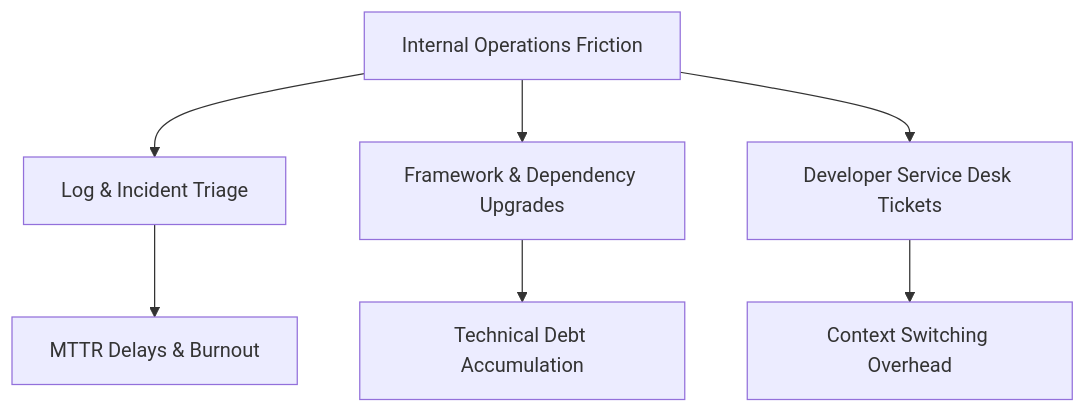
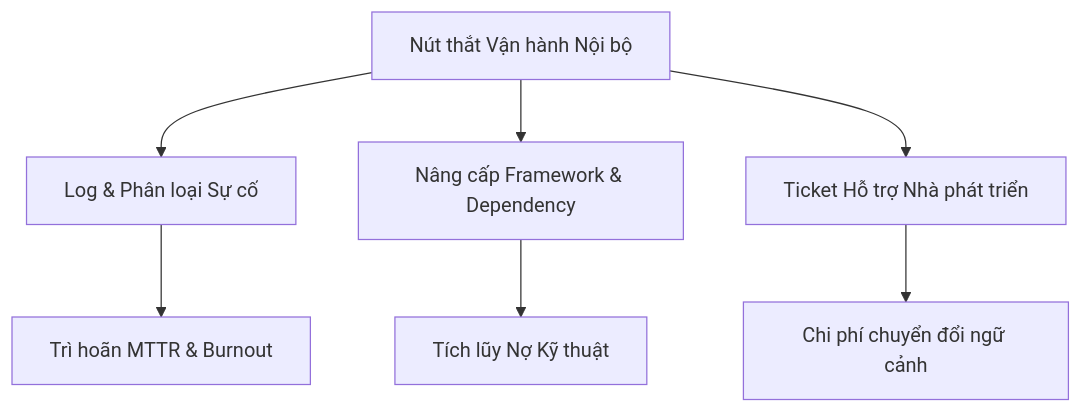
One commit to vesviet/vesviet changed the first of 4 diagrams in content/series/ai-driven-playbook/part-3b-ai-automation-internal-ops.md. Above: the diagram before and after it, drawn with Mermaid. The commit also changed other lines of this file and 96 other files, not shown here.

````diff
--- a/content/series/ai-driven-playbook/part-3b-ai-automation-internal-ops.md
+++ b/content/series/ai-driven-playbook/part-3b-ai-automation-internal-ops.md
@@ -35,9 +41,9 @@
 ```mermaid
-graph TD
-    A["Internal Operations Friction"] --> B["Log & Incident Triage"]
-    A --> C["Framework & Dependency Upgrades"]
-    A --> D["Developer Service Desk Tickets"]
-    B --> E["MTTR Delays & Burnout"]
-    C --> F["Technical Debt Accumulation"]
-    D --> G["Context Switching Overhead"]
+flowchart TD
+    A["Nút thắt Vận hành Nội bộ"] --> B["Log & Phân loại Sự cố"]
+    A --> C["Nâng cấp Framework & Dependency"]
+    A --> D["Ticket Hỗ trợ Nhà phát triển"]
+    B --> E["Trì hoãn MTTR & Burnout"]
+    C --> F["Tích lũy Nợ Kỹ thuật"]
+    D --> G["Chi phí chuyển đổi ngữ cảnh"]
 ```
````
